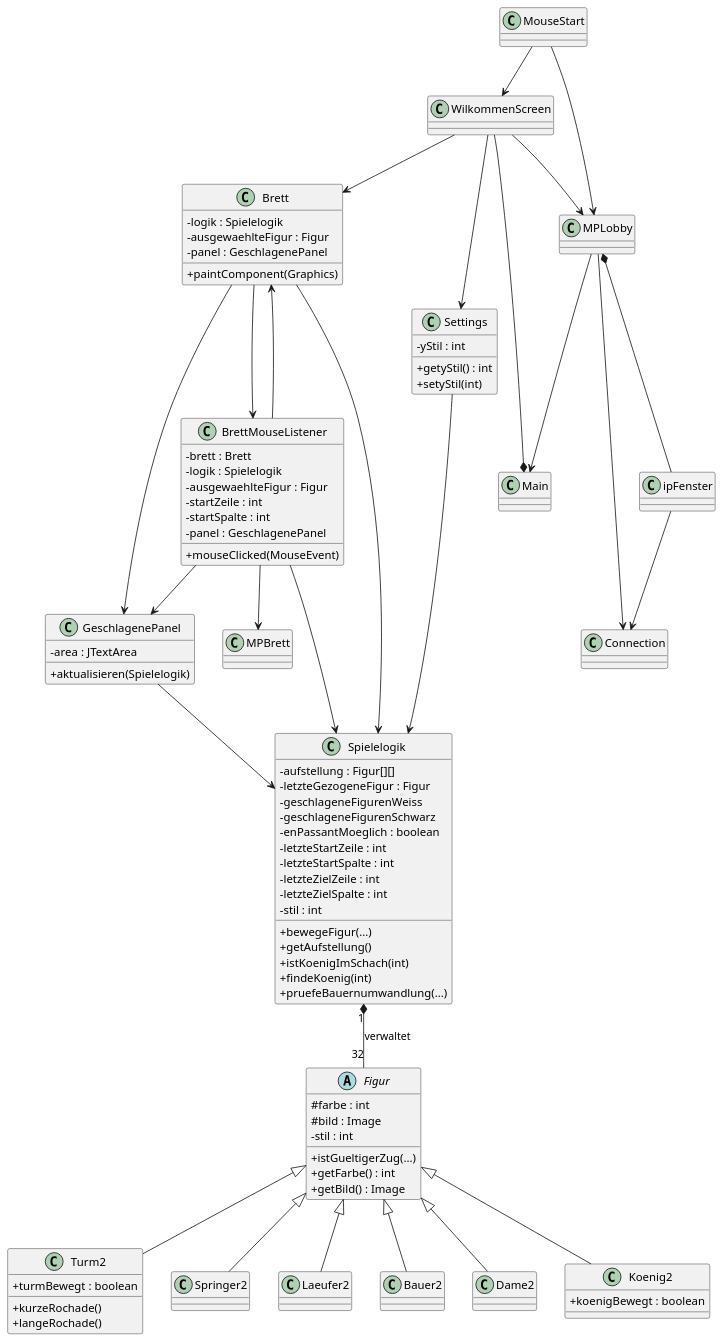
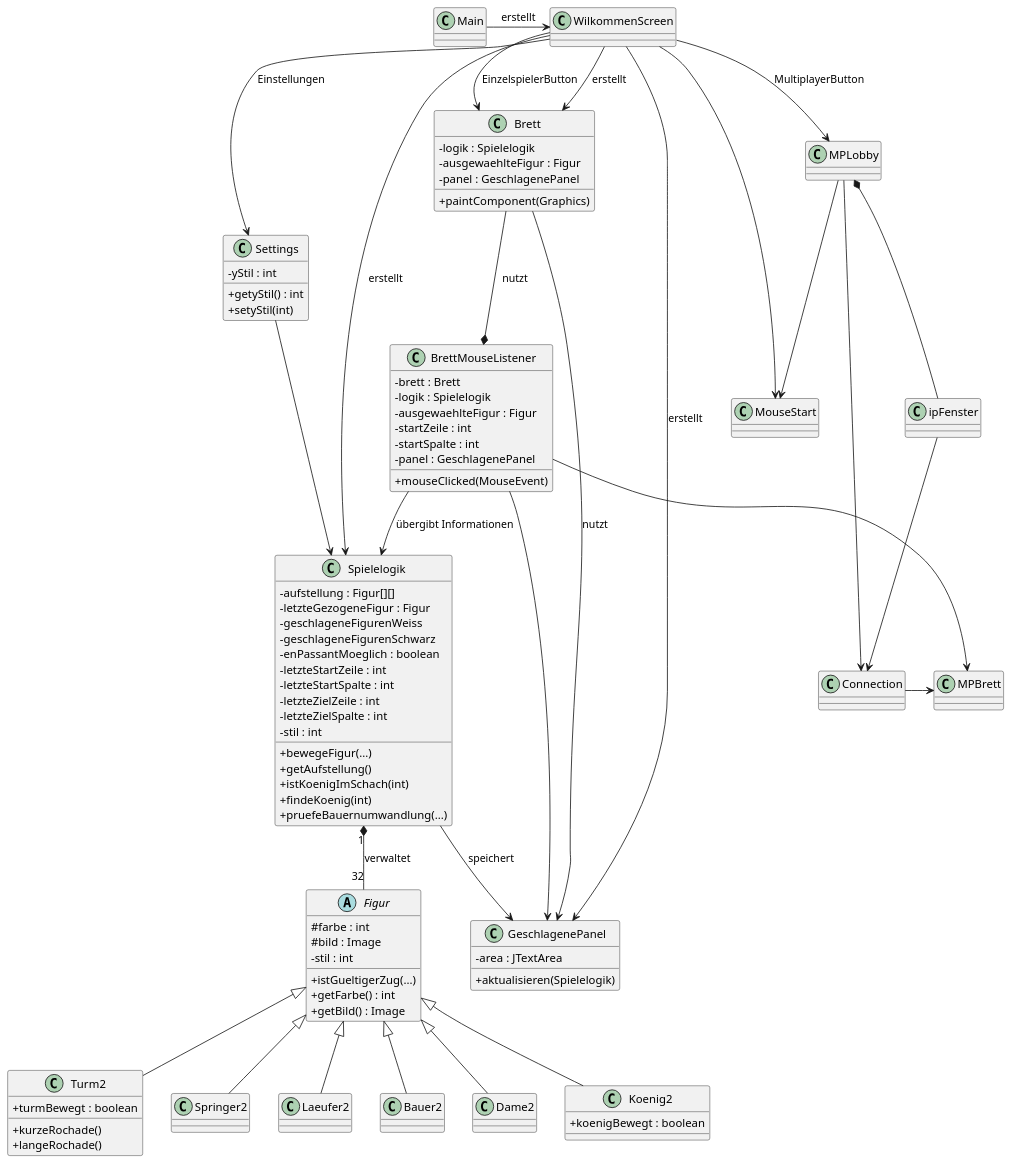
The diagram in src/Dokumente/Schach.puml (MisterB009/SuperSchach.iml), drawn with PlantUML before and after one commit. The commit also changed 3 other files, not shown here.

Commit message:
Panel wird erstellt und die geschlagenen Figuren werden ausgegeben

```diff
--- a/src/Dokumente/Schach.puml
+++ b/src/Dokumente/Schach.puml
@@ -1,141 +1,152 @@
 @startuml
 skinparam classAttributeIconSize 0
 
 ' =========================
 ' Model
 ' =========================
 
 abstract class Figur {
     # farbe : int
     # bild : Image
     - stil : int
     + istGueltigerZug(...)
     + getFarbe() : int
     + getBild() : Image
 }
 
 class Spielelogik {
     - aufstellung : Figur[][]
     - letzteGezogeneFigur : Figur
     - geschlageneFigurenWeiss
     - geschlageneFigurenSchwarz
     - enPassantMoeglich : boolean
     - letzteStartZeile : int
     - letzteStartSpalte : int
     - letzteZielZeile : int
     - letzteZielSpalte : int
     - stil : int
 
     + bewegeFigur(...)
     + getAufstellung()
     + istKoenigImSchach(int)
     + findeKoenig(int)
     + pruefeBauernumwandlung(...)
 }
+
+Spielelogik -->  GeschlagenePanel : speichert
 
 class Turm2 {
     + turmBewegt : boolean
     + kurzeRochade()
     + langeRochade()
 }
 
 class Springer2
 class Laeufer2
 class Bauer2
 class Dame2
 
 class Koenig2 {
     + koenigBewegt : boolean
 }
 
 Figur <|-- Turm2
 Figur <|-- Springer2
 Figur <|-- Laeufer2
 Figur <|-- Koenig2
 Figur <|-- Bauer2
 Figur <|-- Dame2
 
 Spielelogik "1" *-- "32" Figur : verwaltet
 
 ' =========================
 ' GUI
 ' =========================
 
 class Brett {
     - logik : Spielelogik
     - ausgewaehlteFigur : Figur
     - panel : GeschlagenePanel
 
     + paintComponent(Graphics)
 }
 
 class BrettMouseListener {
     - brett : Brett
     - logik : Spielelogik
     - ausgewaehlteFigur : Figur
     - startZeile : int
     - startSpalte : int
     - panel : GeschlagenePanel
 
     + mouseClicked(MouseEvent)
 }
 
 class GeschlagenePanel {
     - area : JTextArea
     + aktualisieren(Spielelogik)
 }
 
-Brett --> Spielelogik
-Brett --> BrettMouseListener
-Brett --> GeschlagenePanel
-BrettMouseListener --> Spielelogik
-BrettMouseListener --> Brett
+
+
+Brett --*  BrettMouseListener : nutzt
+Brett --> GeschlagenePanel : nutzt
+BrettMouseListener --> Spielelogik : übergibt Informationen
 BrettMouseListener --> GeschlagenePanel
 
-GeschlagenePanel --> Spielelogik
+
 
 ' =========================
 ' Start
 ' =========================
 
 class Main
+Main ->  WilkommenScreen : erstellt
 
 class WilkommenScreen
 
 class MouseStart
 
 class MPLobby
 
 class ipFenster
 
 class Settings {
     - yStil : int
     + getyStil() : int
     + setyStil(int)
 }
 
-Main *-- WilkommenScreen
-WilkommenScreen --> Brett
-WilkommenScreen --> MPLobby
-WilkommenScreen --> Settings
 
-MouseStart --> WilkommenScreen
-MouseStart --> MPLobby
+
+WilkommenScreen --> Brett : EinzelspielerButton
+WilkommenScreen --> MPLobby : MultiplayerButton
+WilkommenScreen --> Settings : Einstellungen
+WilkommenScreen --> Spielelogik : erstellt
+WilkommenScreen --> GeschlagenePanel : erstellt
+WilkommenScreen --> Brett : erstellt
+
+
+
+
+WilkommenScreen --> MouseStart
+MPLobby -->  MouseStart
 
 MPLobby *-- ipFenster
-MPLobby --> Main
+
+Connection -> MPBrett
 
 Settings --> Spielelogik
 
 ' =========================
 ' Multiplayer
 ' =========================
 
 class MPBrett
 class Connection
 
 BrettMouseListener --> MPBrett
 MPLobby --> Connection
 ipFenster --> Connection
 
 @enduml
```
